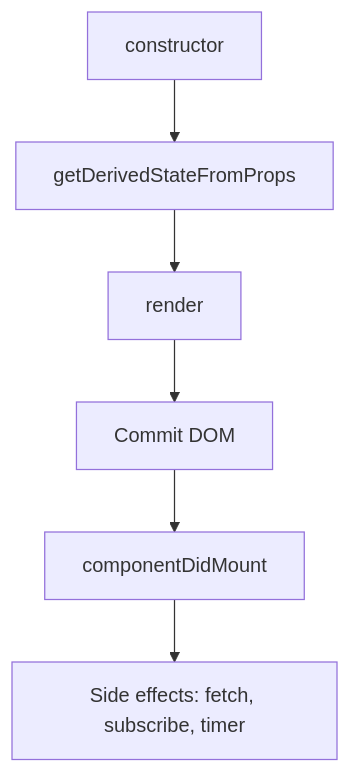
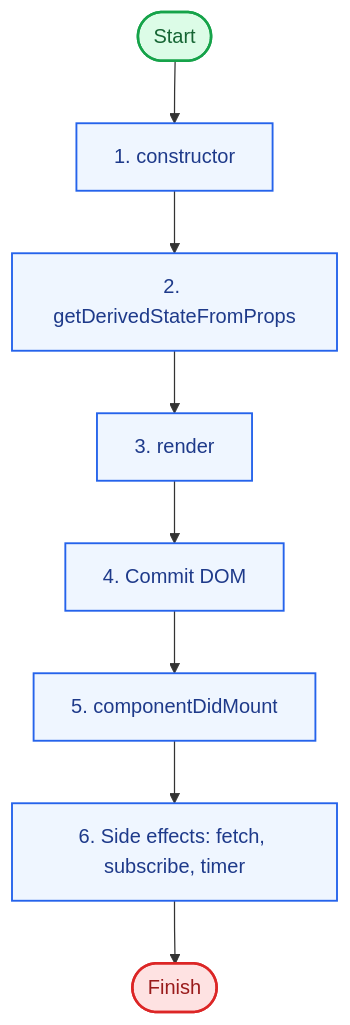
One commit to seftronics/react-basic changed the diagram in doc/class-component-mounting.md. Above: the diagram before and after it, drawn with Mermaid. The commit also changed 8 other files, not shown here.

````diff
--- a/doc/class-component-mounting.md
+++ b/doc/class-component-mounting.md
@@ -14,8 +14,15 @@
 ```mermaid
 flowchart TD
-    A[constructor] --> B[getDerivedStateFromProps]
-    B --> C[render]
-    C --> D[Commit DOM]
-    D --> E[componentDidMount]
-    E --> F[Side effects: fetch, subscribe, timer]
+    S([Start]) --> A[1. constructor]
+    A --> B[2. getDerivedStateFromProps]
+    B --> C[3. render]
+    C --> D[4. Commit DOM]
+    D --> E[5. componentDidMount]
+    E --> F[6. Side effects: fetch, subscribe, timer]
+    F --> Z([Finish])
+    classDef default fill:#eff6ff,stroke:#2563eb,stroke-width:1.5px,color:#1e3a8a;
+    classDef start fill:#dcfce7,stroke:#16a34a,stroke-width:2px,color:#166534;
+    classDef finish fill:#fee2e2,stroke:#dc2626,stroke-width:2px,color:#991b1b;
+    class S start;
+    class Z finish;
 ```
````
